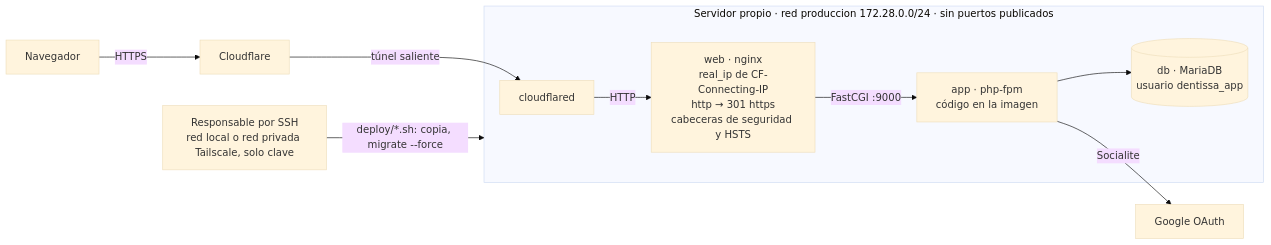
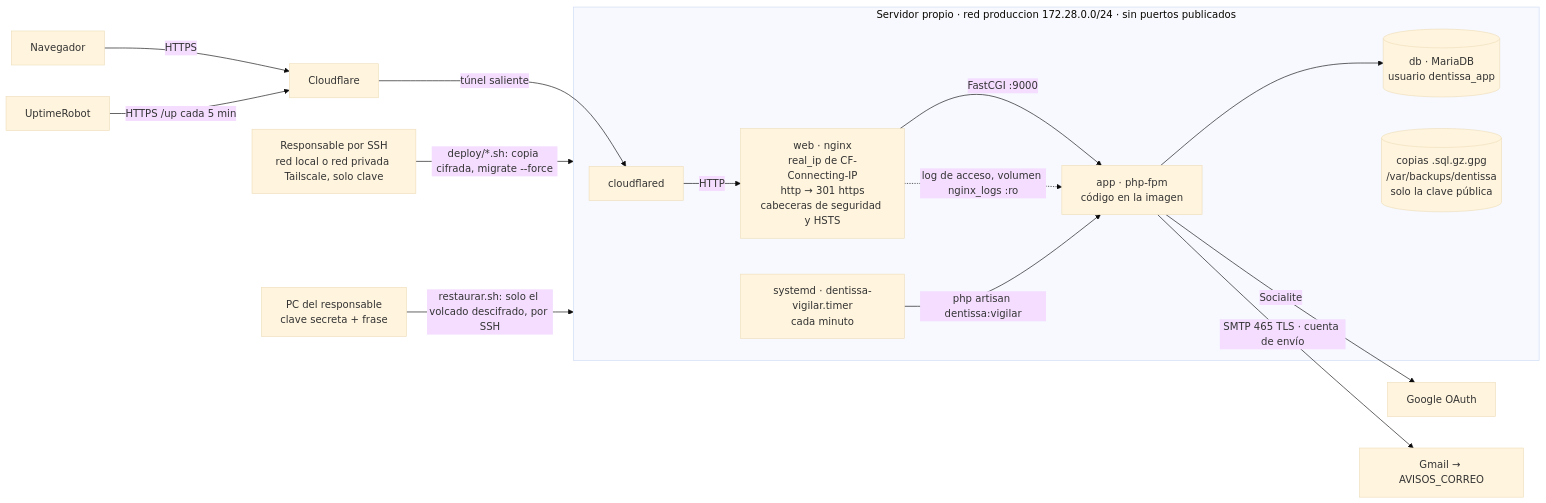
The second of 2 diagrams in docs/architecture.md (gimi34/dentissa), drawn with Mermaid (base theme) before and after one commit. The commit also changed other lines of this file and 1 other file, not shown here.

First line of the commit message:
docs(032): T090 arquitectura con los avisos, el registro de fallos y las copias cifradas

````diff
--- a/docs/architecture.md
+++ b/docs/architecture.md
@@ -183,12 +191,19 @@
 ```mermaid
 flowchart LR
   U[Navegador] -->|HTTPS| CF[Cloudflare]
   CF -->|túnel saliente| CFD[cloudflared]
   subgraph SRV[Servidor propio · red produccion 172.28.0.0/24 · sin puertos publicados]
     CFD -->|HTTP| WEB[web · nginx<br/>real_ip de CF-Connecting-IP<br/>http → 301 https<br/>cabeceras de seguridad y HSTS]
     WEB -->|FastCGI :9000| APPP[app · php-fpm<br/>código en la imagen]
     APPP --> DBP[(db · MariaDB<br/>usuario dentissa_app)]
+    WEB -.->|log de acceso, volumen nginx_logs :ro| APPP
+    TMR[systemd · dentissa-vigilar.timer<br/>cada minuto] -->|php artisan dentissa:vigilar| APPP
+    BK[("copias .sql.gz.gpg<br/>/var/backups/dentissa<br/>solo la clave pública")]
+    APPP ~~~ BK
   end
   APPP -->|Socialite| GO[Google OAuth]
-  ADM[Responsable por SSH<br/>red local o red privada Tailscale, solo clave] -->|deploy/*.sh: copia, migrate --force| SRV
+  APPP -->|SMTP 465 TLS · cuenta de envío| GM[Gmail → AVISOS_CORREO]
+  UR[UptimeRobot] -->|HTTPS /up cada 5 min| CF
+  ADM[Responsable por SSH<br/>red local o red privada Tailscale, solo clave] -->|deploy/*.sh: copia cifrada, migrate --force| SRV
+  PC[PC del responsable<br/>clave secreta + frase] -->|restaurar.sh: solo el volcado descifrado, por SSH| SRV
 ```
````
